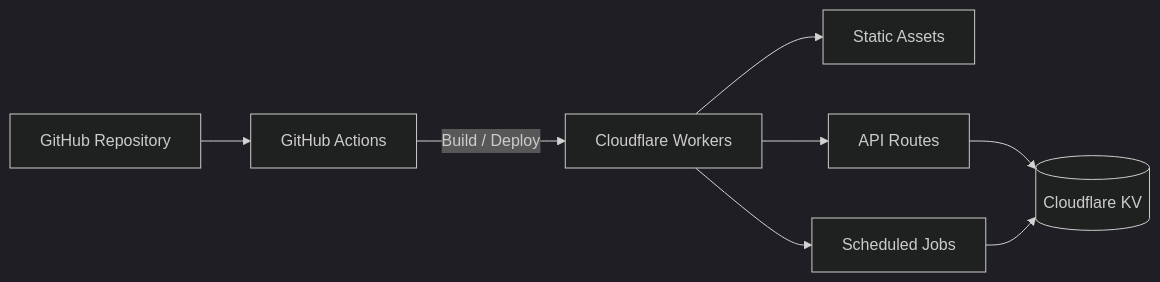
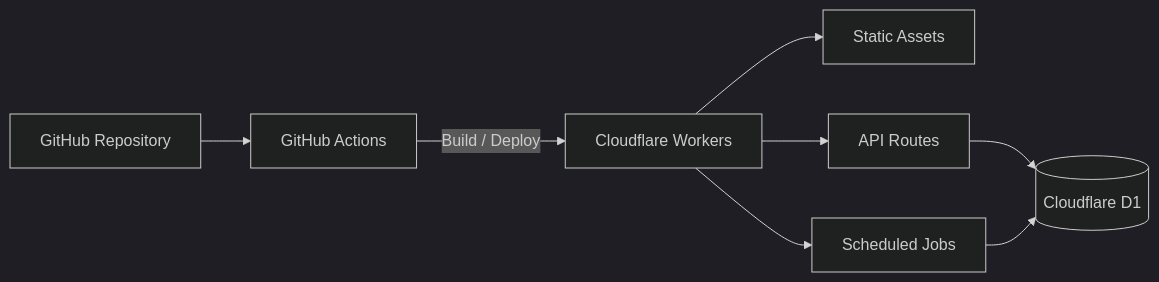
The sixth of 6 diagrams in ARCHITECTURE.md (maciejgos/europe-in-space), drawn with Mermaid (dark theme) before and after one commit. The commit also changed other lines of this file and 10 other files, not shown here.

````diff
--- a/ARCHITECTURE.md
+++ b/ARCHITECTURE.md
@@ -824,18 +811,18 @@
 ```mermaid
 flowchart LR
     GitHub["GitHub Repository"]
     CI["GitHub Actions"]
     Cloudflare["Cloudflare Workers"]
     Assets["Static Assets"]
     API["API Routes"]
     Cron["Scheduled Jobs"]
-    KV[("Cloudflare KV")]
+    D1[("Cloudflare D1")]
 
     GitHub --> CI
     CI -->|"Build / Deploy"| Cloudflare
     Cloudflare --> Assets
     Cloudflare --> API
     Cloudflare --> Cron
-    API --> KV
-    Cron --> KV
+    API --> D1
+    Cron --> D1
 ```
````
